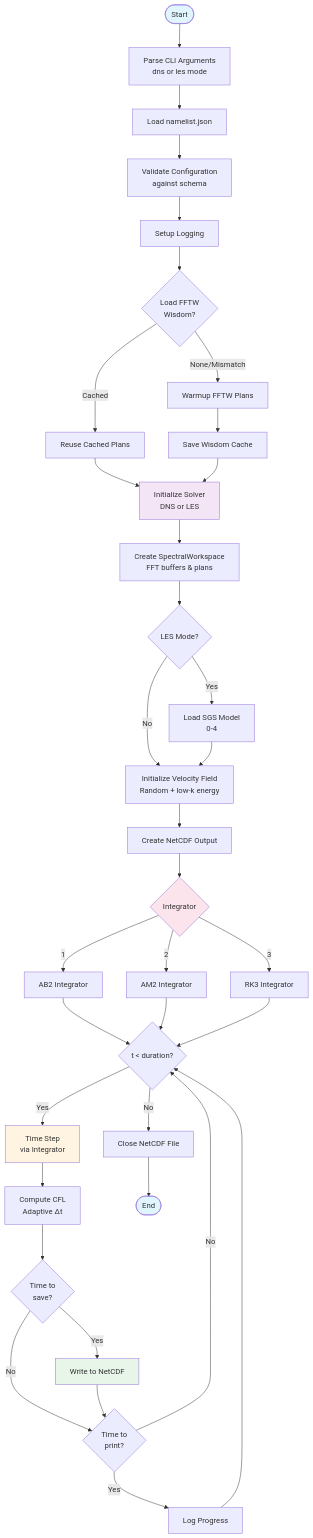
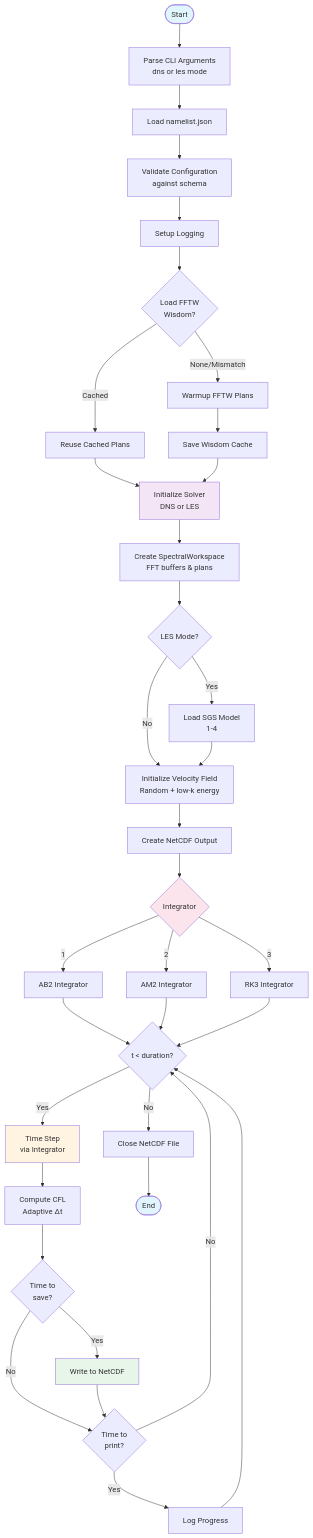
One commit to jeremygibbs/pyburgers changed the second of 7 diagrams in docs/architecture.md. Above: the diagram before and after it, drawn with Mermaid. The commit also changed other lines of this file and 12 other files, not shown here.

````diff
--- a/docs/architecture.md
+++ b/docs/architecture.md
@@ -88,57 +88,57 @@
 ```mermaid
 flowchart TD
     Start([Start]) --> Parse[Parse CLI Arguments<br/>dns or les mode]
     Parse --> Load[Load namelist.json]
     Load --> Validate[Validate Configuration<br/>against schema]
     Validate --> Setup[Setup Logging]
     Setup --> LoadWisdom{Load FFTW<br/>Wisdom?}
 
     LoadWisdom -->|Cached| Reuse[Reuse Cached Plans]
     LoadWisdom -->|None/Mismatch| Warmup[Warmup FFTW Plans]
 
     Reuse --> InitSolver
     Warmup --> SaveWisdom[Save Wisdom Cache]
     SaveWisdom --> InitSolver
 
     InitSolver[Initialize Solver<br/>DNS or LES] --> CreateWorkspace[Create SpectralWorkspace<br/>FFT buffers & plans]
     CreateWorkspace --> InitSGS{LES Mode?}
 
-    InitSGS -->|Yes| LoadSGS[Load SGS Model<br/>0-4]
+    InitSGS -->|Yes| LoadSGS[Load SGS Model<br/>1-4]
     InitSGS -->|No| InitIC
     LoadSGS --> InitIC
 
     InitIC[Initialize Velocity Field<br/>Random + low-k energy] --> CreateOutput[Create NetCDF Output]
     CreateOutput --> SelectIntegrator{Integrator}
 
     SelectIntegrator -->|1| UseAB2[AB2 Integrator]
     SelectIntegrator -->|2| UseAM2[AM2 Integrator]
     SelectIntegrator -->|3| UseRK3[RK3 Integrator]
 
     UseAB2 --> TimeLoop
     UseAM2 --> TimeLoop
     UseRK3 --> TimeLoop
 
     TimeLoop{t < duration?}
 
     TimeLoop -->|Yes| TimeStep[Time Step<br/>via Integrator]
     TimeStep --> ComputeCFL[Compute CFL<br/>Adaptive Δt]
     ComputeCFL --> CheckSave{Time to<br/>save?}
 
     CheckSave -->|Yes| WriteNC[Write to NetCDF]
     CheckSave -->|No| CheckPrint
     WriteNC --> CheckPrint{Time to<br/>print?}
 
     CheckPrint -->|Yes| LogProgress[Log Progress]
     CheckPrint -->|No| TimeLoop
     LogProgress --> TimeLoop
 
     TimeLoop -->|No| CloseOutput[Close NetCDF File]
     CloseOutput --> End([End])
 
     style Start fill:#e1f5ff
     style End fill:#e1f5ff
     style TimeStep fill:#fff4e1
     style SelectIntegrator fill:#fce4ec
     style WriteNC fill:#e8f5e9
     style InitSolver fill:#f3e5f5
 ```
````
